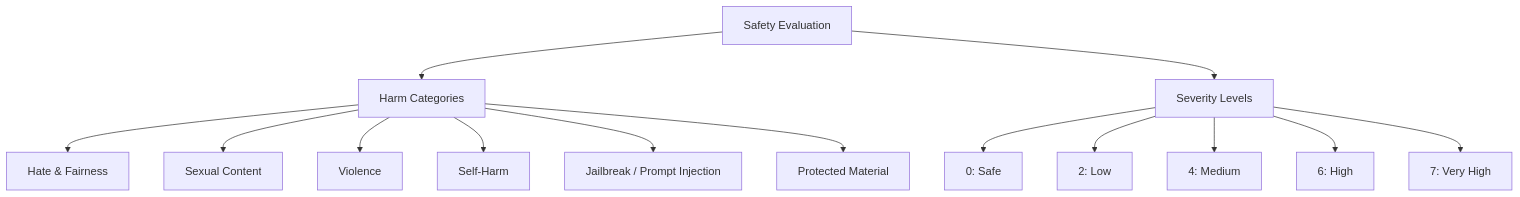
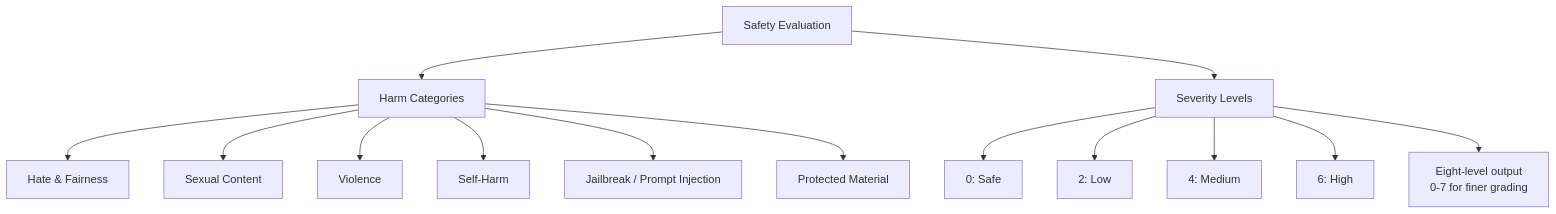
The fourth of 7 diagrams in content/skillup/ab100/notes/ab100-d3-monitor-test.md (ajeetchouksey/ajch_skillup), drawn with Mermaid before and after one commit. The commit also changed other lines of this file and 155 other files, not shown here.

````diff
--- a/content/skillup/ab100/notes/ab100-d3-monitor-test.md
+++ b/content/skillup/ab100/notes/ab100-d3-monitor-test.md
@@ -151,16 +153,16 @@
 ```mermaid
 graph TD
     SA[Safety Evaluation] --> CAT[Harm Categories]
     CAT --> H1[Hate & Fairness]
     CAT --> H2[Sexual Content]
     CAT --> H3[Violence]
     CAT --> H4[Self-Harm]
     CAT --> H5[Jailbreak / Prompt Injection]
     CAT --> H6[Protected Material]
     SA --> SEV[Severity Levels]
     SEV --> S0[0: Safe]
     SEV --> S1[2: Low]
     SEV --> S2[4: Medium]
     SEV --> S3[6: High]
-    SEV --> S4[7: Very High]
+    SEV --> S4[Eight-level output<br/>0-7 for finer grading]
 ```
````
